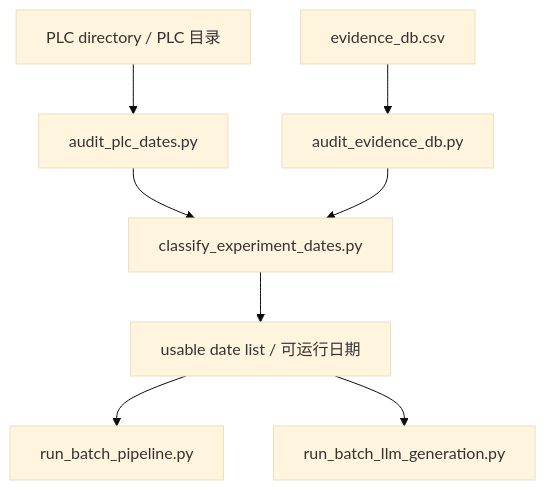
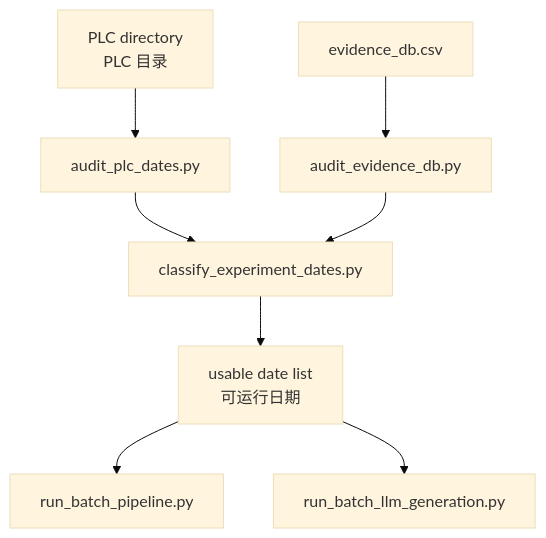
One commit to xiaodazhao/tbm-report changed the fourth of 5 diagrams in backend/docs/system_architecture.md. Above: the diagram before and after it, drawn with Mermaid (base theme). The commit also changed other lines of this file and 1 other file, not shown here.

Commit message:
Fix Mermaid diagrams for GitHub rendering

````diff
--- a/backend/docs/system_architecture.md
+++ b/backend/docs/system_architecture.md
@@ -123,10 +123,10 @@
 ```mermaid
 flowchart TD
-    A[PLC directory / PLC 目录] --> B[audit_plc_dates.py]
-    C[evidence_db.csv] --> D[audit_evidence_db.py]
-    B --> E[classify_experiment_dates.py]
-    D --> E
-    E --> F[usable date list / 可运行日期]
-    F --> G[run_batch_pipeline.py]
-    F --> H[run_batch_llm_generation.py]
+    plc_dir["PLC directory<br/>PLC 目录"] --> plc_audit["audit_plc_dates.py"]
+    evdb["evidence_db.csv"] --> ev_audit["audit_evidence_db.py"]
+    plc_audit --> classify["classify_experiment_dates.py"]
+    ev_audit --> classify
+    classify --> date_list["usable date list<br/>可运行日期"]
+    date_list --> batch_pipeline["run_batch_pipeline.py"]
+    date_list --> batch_llm["run_batch_llm_generation.py"]
 ```
````
